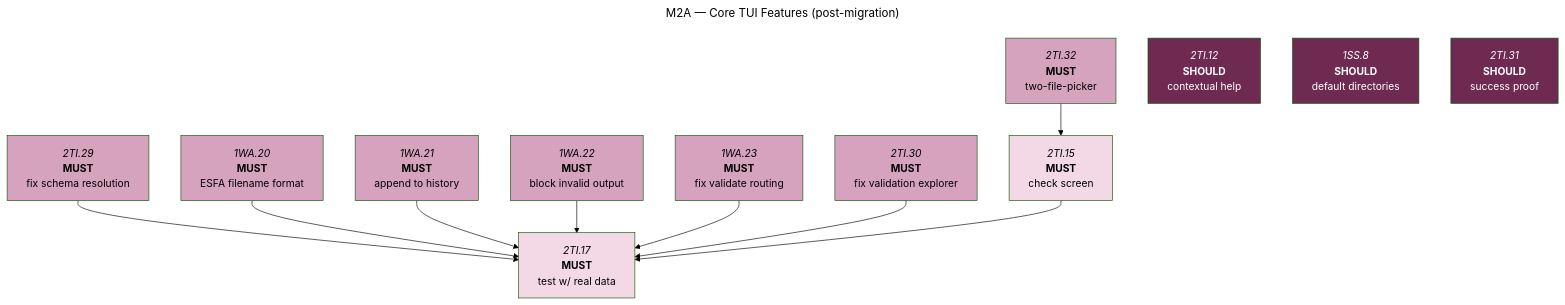
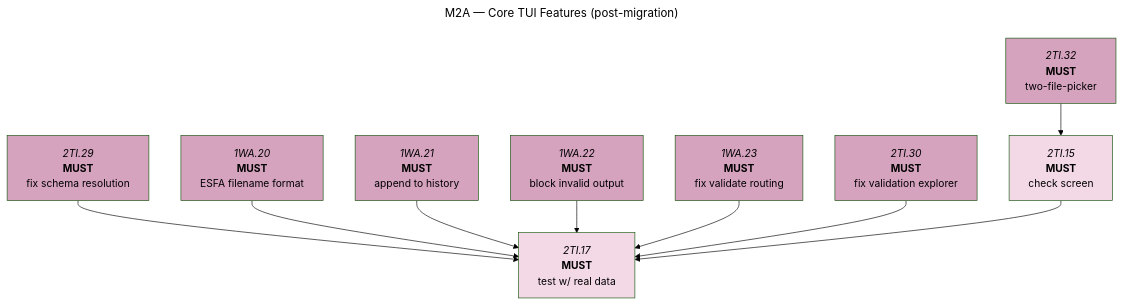
The second of 5 diagrams in docs/roadmaps/phase-1-mvp-features.md (foundersandcoders/iris), drawn with Mermaid (forest theme) before and after one commit.

Commit message:
docs: remove nodes from diagram

````diff
--- a/docs/roadmaps/phase-1-mvp-features.md
+++ b/docs/roadmaps/phase-1-mvp-features.md
@@ -148,30 +148,27 @@
 ```mermaid
 ---
 title: M2A — Core TUI Features (post-migration)
 ---
 graph TD
 
 2TI.29["`*2TI.29*<br/>**MUST**<br/>fix schema resolution`"]:::must-open
 1WA.20["`*1WA.20*<br/>**MUST**<br/>ESFA filename format`"]:::must-open
 1WA.21["`*1WA.21*<br/>**MUST**<br/>append to history`"]:::must-open
 1WA.22["`*1WA.22*<br/>**MUST**<br/>block invalid output`"]:::must-open
 1WA.23["`*1WA.23*<br/>**MUST**<br/>fix validate routing`"]:::must-open
 2TI.30["`*2TI.30*<br/>**MUST**<br/>fix validation explorer`"]:::must-open
 2TI.32["`*2TI.32*<br/>**MUST**<br/>two-file-picker`"]:::must-open
 2TI.15["`*2TI.15*<br/>**MUST**<br/>check screen`"]:::must-blocked
-2TI.12["`*2TI.12*<br/>**SHOULD**<br/>contextual help`"]:::should-open
-1SS.8["`*1SS.8*<br/>**SHOULD**<br/>default directories`"]:::should-open
-2TI.31["`*2TI.31*<br/>**SHOULD**<br/>success proof`"]:::should-open
 2TI.17["`*2TI.17*<br/>**MUST**<br/>test w/ real data`"]:::must-blocked
 
 2TI.32 --> 2TI.15
 2TI.29 & 1WA.20 & 1WA.21 & 1WA.22 & 1WA.23 & 2TI.30 & 2TI.15 --> 2TI.17
 
 classDef must-open fill:#D6A3BF,color:#000;
 classDef must-blocked fill:#F3D8E6,color:#000;
 classDef should-open fill:#6F2A52,color:#fff;
 classDef should-blocked fill:#A45A84,color:#fff;
 classDef could-open fill:#3E7F96,color:#fff;
 classDef could-blocked fill:#5FA3BA,color:#fff;
 classDef mile fill:#E8EFF6,color:#000;
 ```
````
